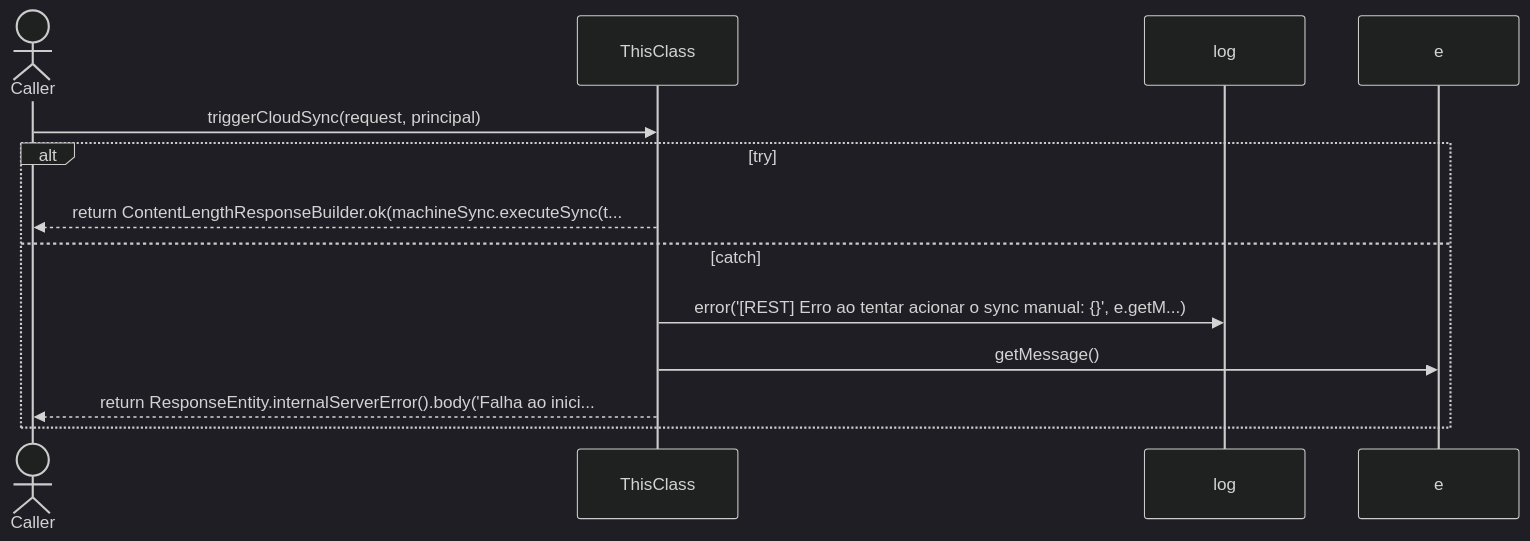
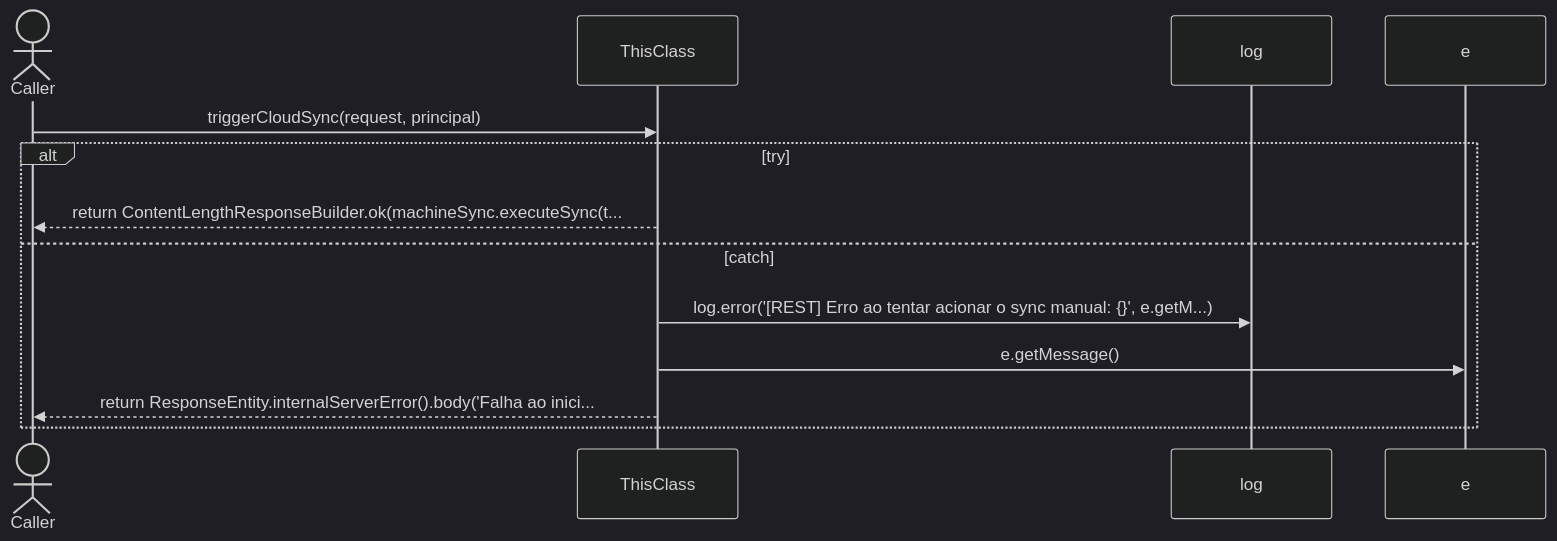
The sixth of 6 diagrams in docs/BoatSyncController.md (FelipeMCassiano/geanky), drawn with Mermaid (dark theme) before and after one commit. The commit also changed other lines of this file and 6 other files, not shown here.

````diff
--- a/docs/BoatSyncController.md
+++ b/docs/BoatSyncController.md
@@ -257,17 +257,17 @@
 ```mermaid
 sequenceDiagram
     actor Caller
     participant ThisClass
     participant log
     participant e
 
     Caller->>ThisClass: triggerCloudSync(request, principal)
     alt try
     ThisClass-->>Caller: return ContentLengthResponseBuilder.ok(machineSync.executeSync(t...
     else catch 
-    ThisClass->>log: error('[REST] Erro ao tentar acionar o sync manual: {}', e.getM...)
-    ThisClass->>e: getMessage()
+    ThisClass->>log: log.error('[REST] Erro ao tentar acionar o sync manual: {}', e.getM...)
+    ThisClass->>e: e.getMessage()
     ThisClass-->>Caller: return ResponseEntity.internalServerError().body('Falha ao inici...
     end
 
 ```
````
